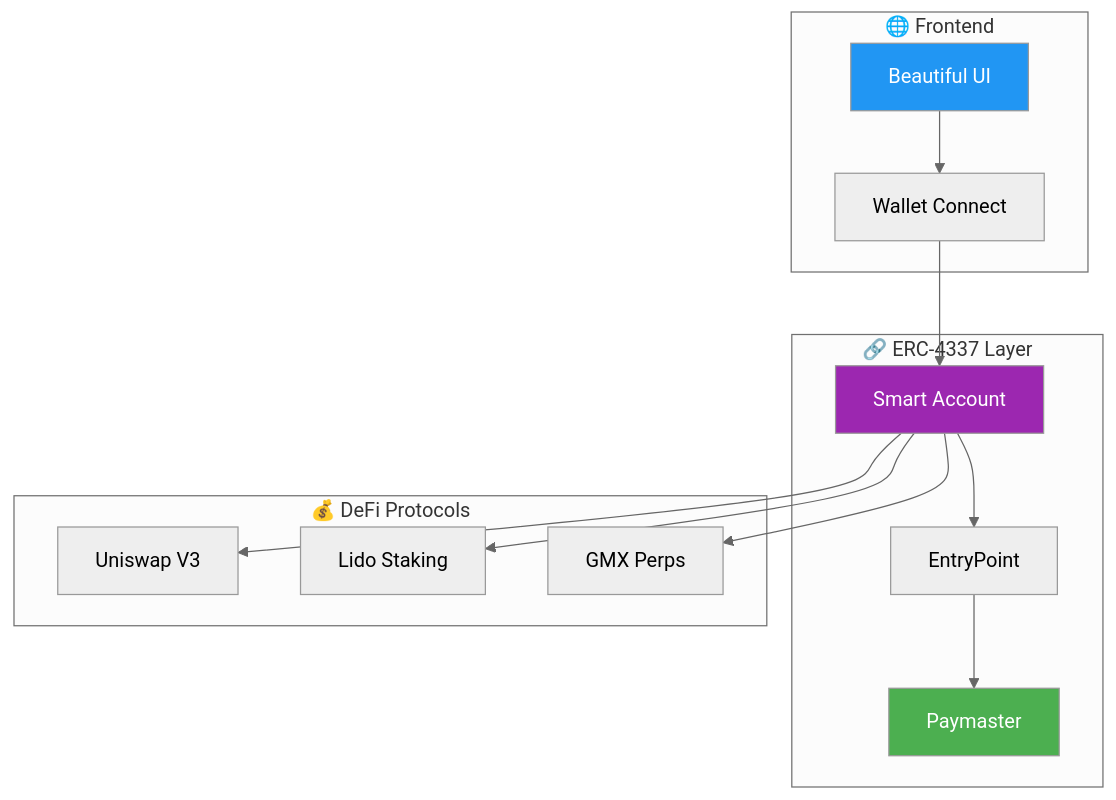
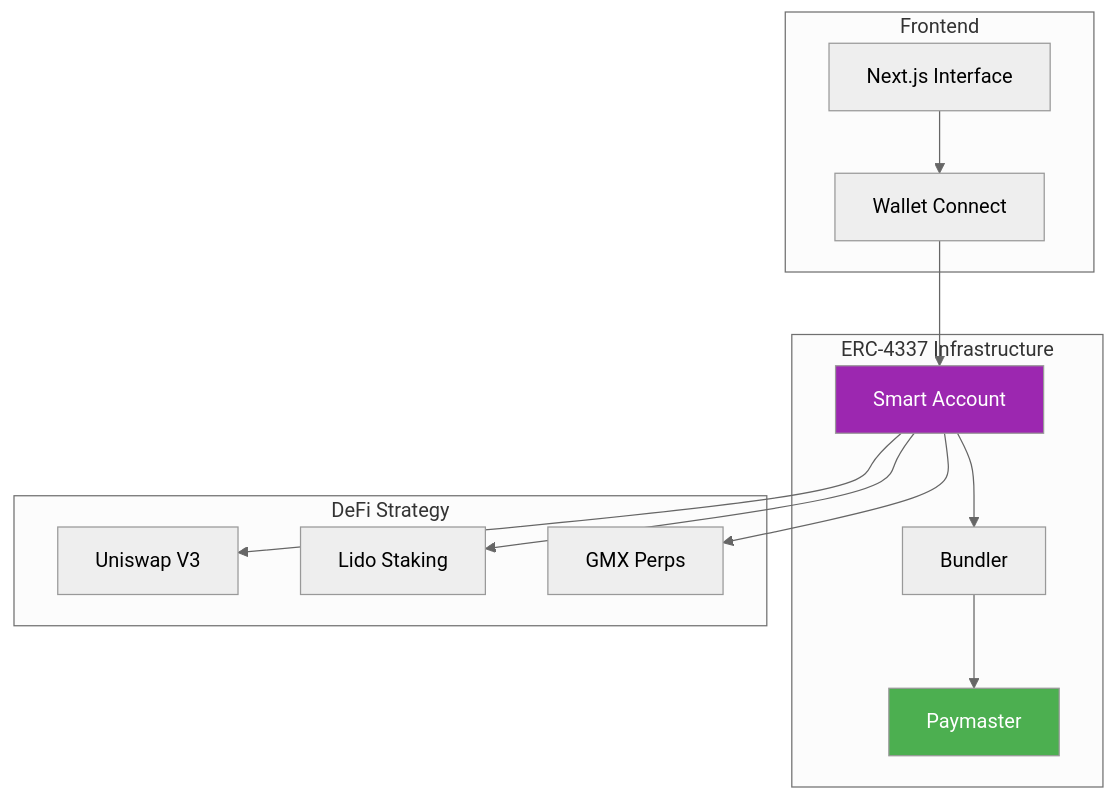
The diagram in README.md (groverInnovate/DeltaEase), drawn with Mermaid (neutral theme) before and after one commit. The commit also changed other lines of this file and 8 other files, not shown here.

````diff
--- a/README.md
+++ b/README.md
@@ -54,31 +27,21 @@
 ```mermaid
 graph TD
-    subgraph "🌐 Frontend"
-        UI[Beautiful UI]
-        Wallet[Wallet Connect]
+    subgraph "Frontend"
+        UI[Next.js Interface] --> Wallet[Wallet Connect]
     end
     
-    subgraph "🔗 ERC-4337 Layer"
-        SA[Smart Account]
-        EP[EntryPoint]
-        PM[Paymaster]
+    subgraph "ERC-4337 Infrastructure"
+        Wallet --> SA[Smart Account]
+        SA --> Bundler
+        Bundler --> PM[Paymaster]
     end
     
-    subgraph "💰 DeFi Protocols"
-        UNI[Uniswap V3]
-        LIDO[Lido Staking]
-        GMX[GMX Perps]
+    subgraph "DeFi Strategy"
+        SA --> UNI[Uniswap V3]
+        SA --> LIDO[Lido Staking]
+        SA --> GMX[GMX Perps]
     end
-    
-    UI --> Wallet
-    Wallet --> SA
-    SA --> EP
-    EP --> PM
-    SA --> UNI
-    SA --> LIDO
-    SA --> GMX
     
     style SA fill:#9c27b0,color:#fff
     style PM fill:#4caf50,color:#fff
-    style UI fill:#2196f3,color:#fff
 ```
````
